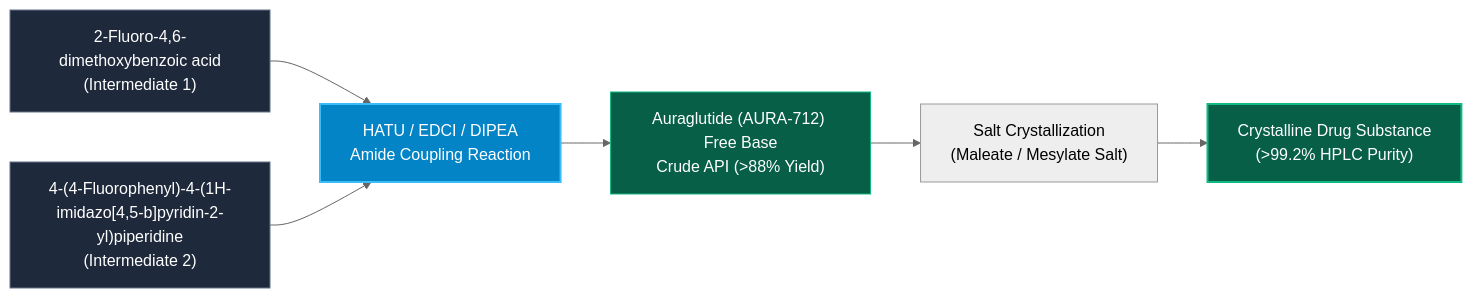
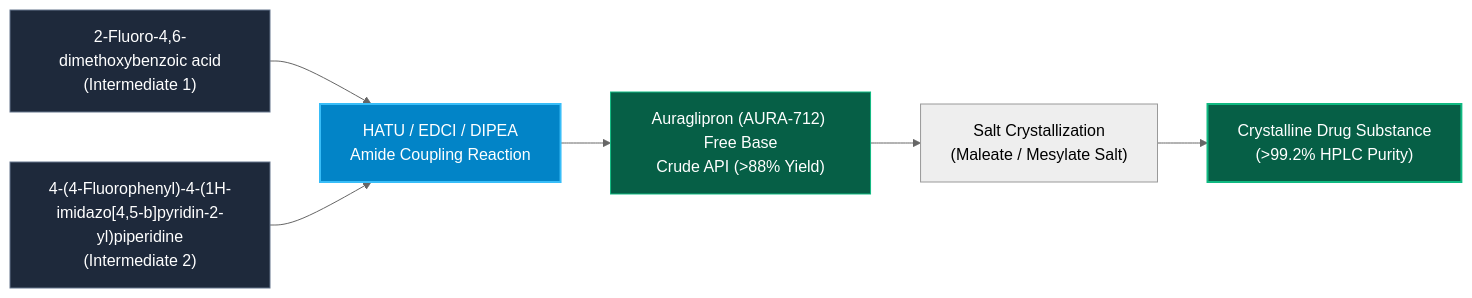
Before and after one commit to maxcomperatore/auranucleix: the second of 2 diagrams in README.md, drawn with Mermaid (neutral theme). The commit also changed other lines of this file and 6 other files, not shown here.

````diff
--- a/README.md
+++ b/README.md
@@ -224,15 +224,15 @@
 ```mermaid
 flowchart LR
     A["2-Fluoro-4,6-dimethoxybenzoic acid\n(Intermediate 1)"] --> Couple["HATU / EDCI / DIPEA\nAmide Coupling Reaction"]
     B["4-(4-Fluorophenyl)-4-(1H-imidazo[4,5-b]pyridin-2-yl)piperidine\n(Intermediate 2)"] --> Couple
     
-    Couple --> C["Auraglutide (AURA-712) Free Base\nCrude API (>88% Yield)"]
+    Couple --> C["Auraglipron (AURA-712) Free Base\nCrude API (>88% Yield)"]
     C --> D["Salt Crystallization\n(Maleate / Mesylate Salt)"]
     D --> E["Crystalline Drug Substance\n(>99.2% HPLC Purity)"]
 
     style A fill:#1e293b,stroke:#64748b,color:#fff
     style B fill:#1e293b,stroke:#64748b,color:#fff
     style Couple fill:#0284c7,stroke:#38bdf8,stroke-width:2px,color:#fff
     style C fill:#065f46,stroke:#10b981,color:#fff
     style E fill:#065f46,stroke:#10b981,stroke-width:2px,color:#fff
 ```
````
